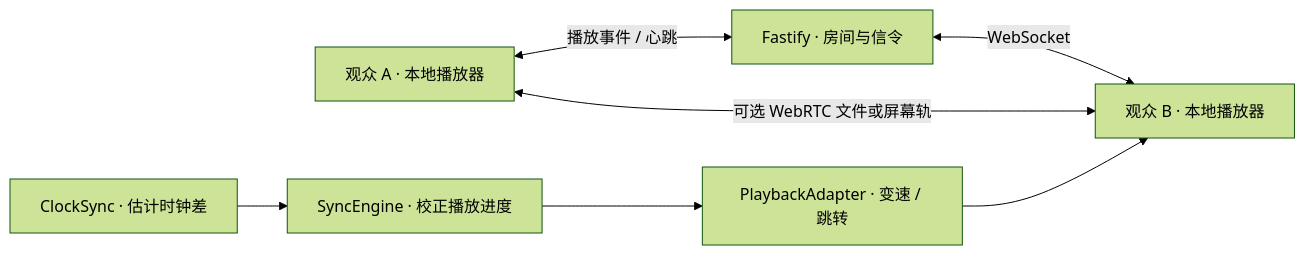
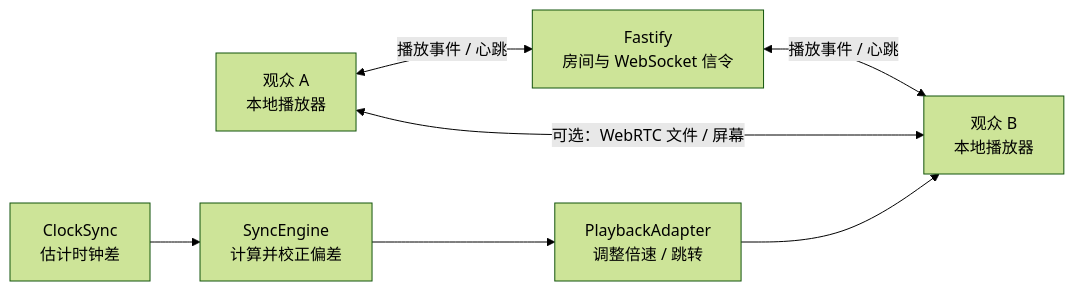
Before and after one commit to RayMorTwinkle/SameMoon: the diagram in README.md, drawn with Mermaid (forest theme). The commit also changed other lines of this file and 3 other files, not shown here.

````diff
--- a/README.md
+++ b/README.md
@@ -45,9 +66,9 @@
 ```mermaid
 flowchart LR
-    A["观众 A · 本地播放器"] <-->|"播放事件 / 心跳"| S["Fastify · 房间与信令"]
-    S <-->|"WebSocket"| B["观众 B · 本地播放器"]
-    A <-->|"可选 WebRTC 文件或屏幕轨"| B
-    C["ClockSync · 估计时钟差"] --> E["SyncEngine · 校正播放进度"]
-    E --> P["PlaybackAdapter · 变速 / 跳转"]
+    A["观众 A<br/>本地播放器"] <-->|"播放事件 / 心跳"| S["Fastify<br/>房间与 WebSocket 信令"]
+    S <-->|"播放事件 / 心跳"| B["观众 B<br/>本地播放器"]
+    A <-->|"可选：WebRTC 文件 / 屏幕"| B
+    C["ClockSync<br/>估计时钟差"] --> E["SyncEngine<br/>计算并校正偏差"]
+    E --> P["PlaybackAdapter<br/>调整倍速 / 跳转"]
     P --> B
 ```
````
